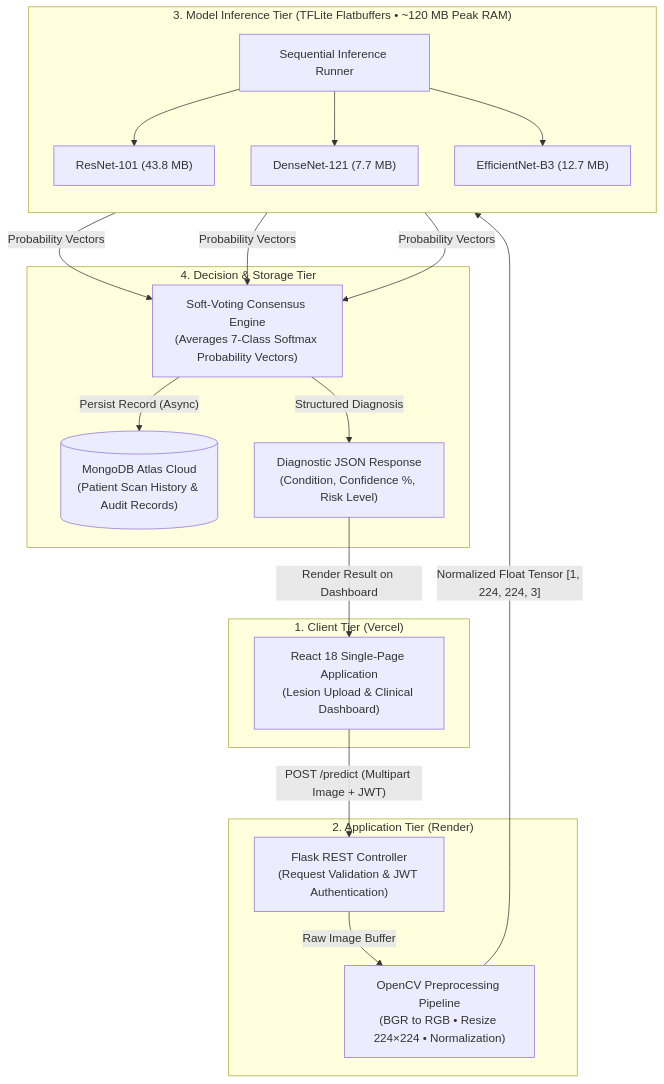
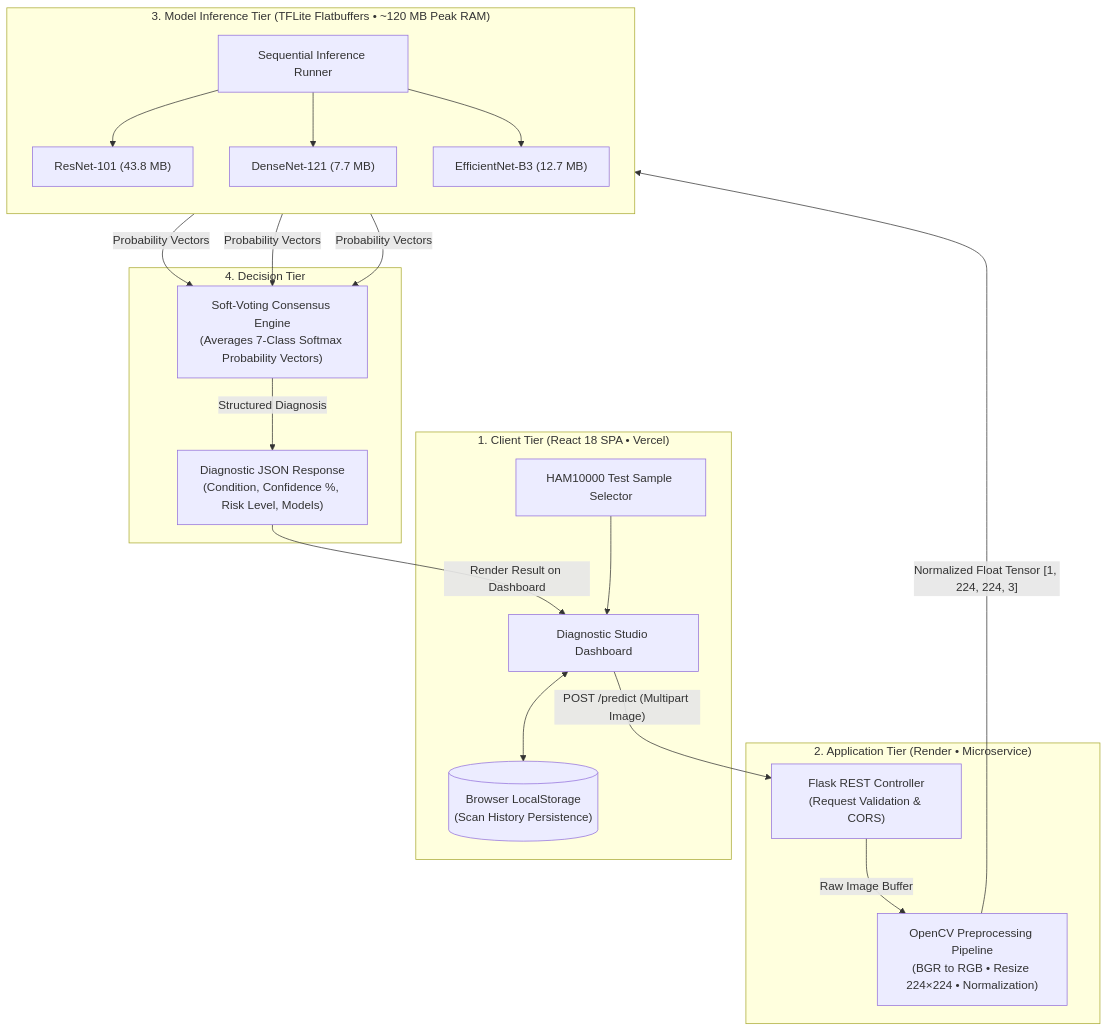
Before and after one commit to Purvesh-PJ/skin_disease_detection: the diagram in README.md, drawn with Mermaid. The commit also changed other lines of this file, not shown here.

Commit message:
docs(readme): refresh architecture, endpoints, and setup for v2.0 microservice (#40)

````diff
--- a/README.md
+++ b/README.md
@@ -86,36 +69,38 @@
 ```mermaid
 flowchart TD
-    subgraph Client["1. Client Tier (Vercel)"]
-        UI["React 18 Single-Page Application<br/>(Lesion Upload & Clinical Dashboard)"]
+    subgraph Client["1. Client Tier (React 18 SPA • Vercel)"]
+        UI["Diagnostic Studio Dashboard"]
+        PICKER["HAM10000 Test Sample Selector"]
+        LOCAL[("Browser LocalStorage<br/>(Scan History Persistence)")]
+        UI <--> LOCAL
+        PICKER --> UI
     end
 
-    subgraph Backend["2. Application Tier (Render)"]
-        API["Flask REST Controller<br/>(Request Validation & JWT Authentication)"]
+    subgraph Backend["2. Application Tier (Render • Microservice)"]
+        API["Flask REST Controller<br/>(Request Validation & CORS)"]
         CV["OpenCV Preprocessing Pipeline<br/>(BGR to RGB • Resize 224×224 • Normalization)"]
     end
 
     subgraph Models["3. Model Inference Tier (TFLite Flatbuffers • ~120 MB Peak RAM)"]
         direction TB
         RUNNER["Sequential Inference Runner"]
         M1["ResNet-101 (43.8 MB)"]
         M2["DenseNet-121 (7.7 MB)"]
         M3["EfficientNet-B3 (12.7 MB)"]
     end
 
-    subgraph Consensus["4. Decision & Storage Tier"]
+    subgraph Consensus["4. Decision Tier"]
         FUSION["Soft-Voting Consensus Engine<br/>(Averages 7-Class Softmax Probability Vectors)"]
-        DB[("MongoDB Atlas Cloud<br/>(Patient Scan History & Audit Records)")]
-        RES["Diagnostic JSON Response<br/>(Condition, Confidence %, Risk Level)"]
+        RES["Diagnostic JSON Response<br/>(Condition, Confidence %, Risk Level, Models)"]
     end
 
-    UI -->|"POST /predict (Multipart Image + JWT)"| API
+    UI -->|"POST /predict (Multipart Image)"| API
     API -->|"Raw Image Buffer"| CV
     CV -->|"Normalized Float Tensor [1, 224, 224, 3]"| RUNNER
     RUNNER --> M1
     RUNNER --> M2
     RUNNER --> M3
     M1 & M2 & M3 -->|"Probability Vectors"| FUSION
-    FUSION -->|"Persist Record (Async)"| DB
     FUSION -->|"Structured Diagnosis"| RES
     RES -->|"Render Result on Dashboard"| UI
 ```
````
